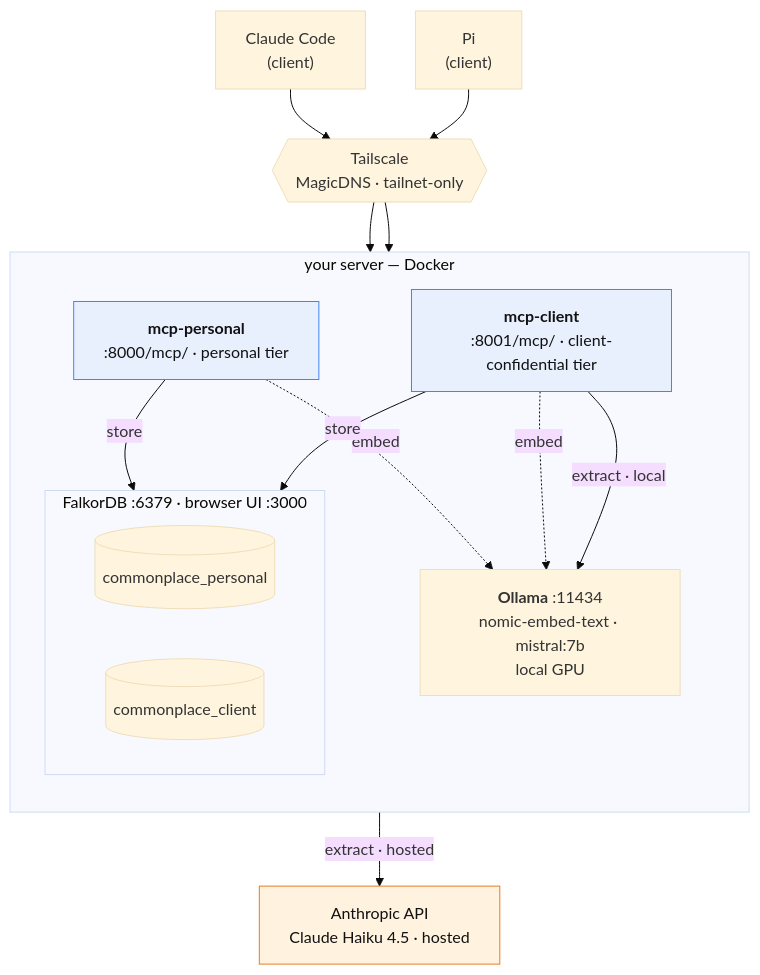
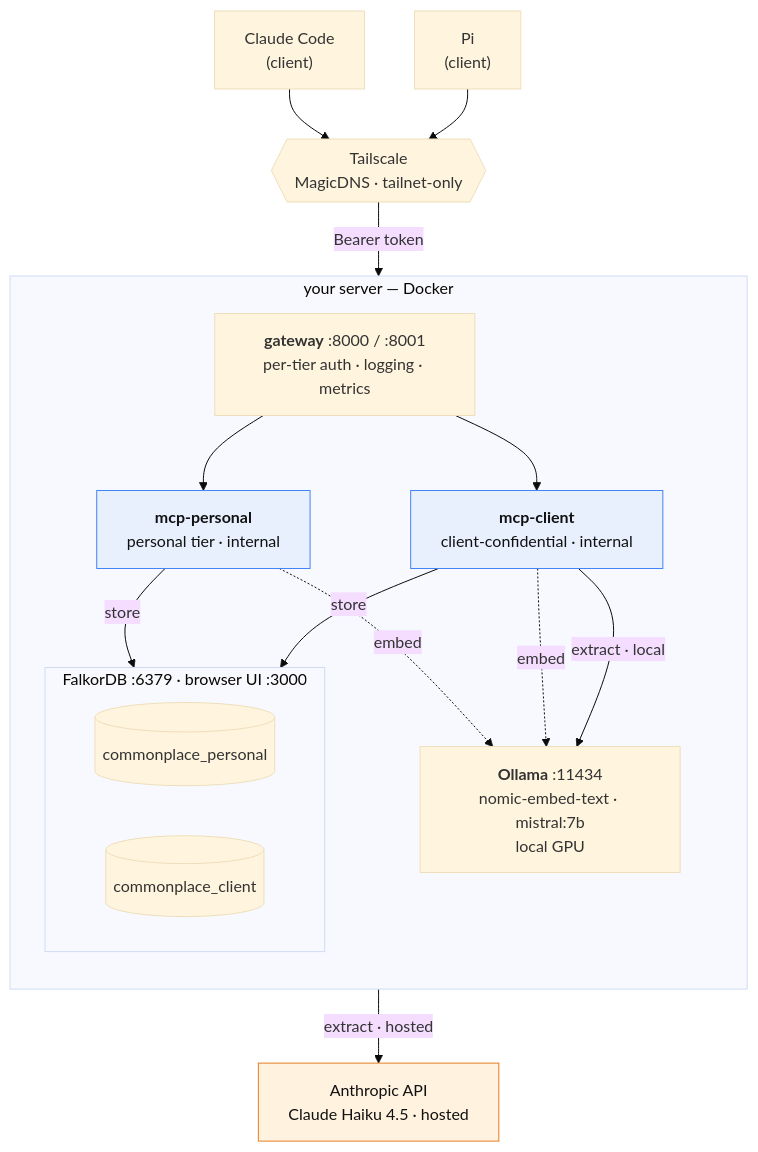
One commit to itsmeduncan/commonplace changed the diagram in README.md. Above: the diagram before and after it, drawn with Mermaid (base theme). The commit also changed other lines of this file and 13 other files, not shown here.

First line of the commit message:
Phase 2/3 hardening: gateway (auth + metrics + audit), digest pin, tooling (#3)

````diff
--- a/README.md
+++ b/README.md
@@ -35,36 +35,38 @@
 ```mermaid
 flowchart TB
     CC["Claude Code<br/>(client)"]
     PI["Pi<br/>(client)"]
     TS{{"Tailscale<br/>MagicDNS · tailnet-only"}}
     ANT["Anthropic API<br/>Claude Haiku 4.5 · hosted"]
 
     CC --> TS
     PI --> TS
 
     subgraph HOST["your server — Docker"]
         direction TB
-        MP["<b>mcp-personal</b><br/>:8000/mcp/ · personal tier"]
-        MC["<b>mcp-client</b><br/>:8001/mcp/ · client-confidential tier"]
+        GW["<b>gateway</b> :8000 / :8001<br/>per-tier auth · logging · metrics"]
+        MP["<b>mcp-personal</b><br/>personal tier · internal"]
+        MC["<b>mcp-client</b><br/>client-confidential · internal"]
+        GW --> MP
+        GW --> MC
         OL["<b>Ollama</b> :11434<br/>nomic-embed-text · mistral:7b<br/>local GPU"]
         subgraph FALKOR["FalkorDB :6379 · browser UI :3000"]
             direction LR
             GP[("commonplace_personal")]
             GC[("commonplace_client")]
         end
         MP -->|store| GP
         MC -->|store| GC
         MP -. embed .-> OL
         MC -. embed .-> OL
         MC -->|extract · local| OL
     end
 
-    TS --> MP
-    TS --> MC
+    TS -->|Bearer token| GW
     MP -->|extract · hosted| ANT
 
     classDef ext fill:#fff3e0,stroke:#e67e22,color:#111;
     classDef tier fill:#e8f0fe,stroke:#4285f4,color:#111;
     class ANT ext
     class MP,MC tier
 ```
````
